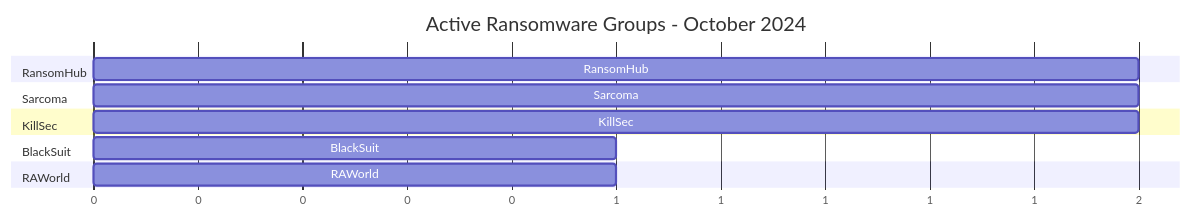
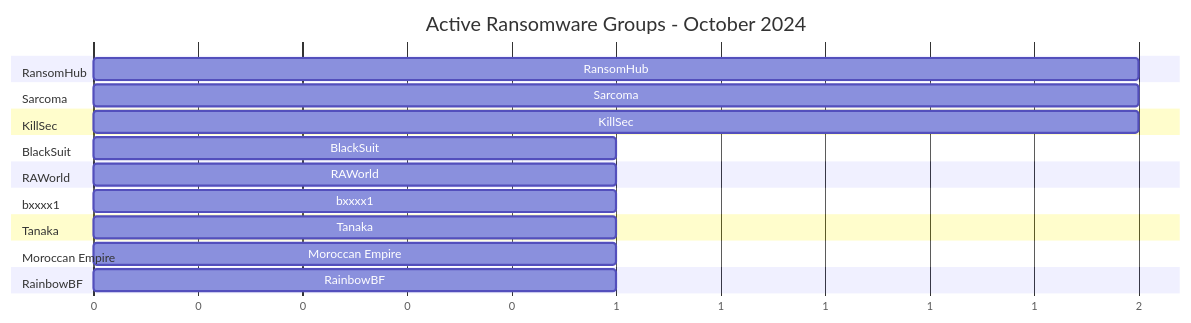
Before and after one commit to Hatchepsoute/AFRINTEL: the fourth of 5 diagrams in CyberAttackAfrica/2024/10-october/README.md, drawn with Mermaid. The commit also changed other lines of this file and 255 other files, not shown here.

````diff
--- a/CyberAttackAfrica/2024/10-october/README.md
+++ b/CyberAttackAfrica/2024/10-october/README.md
@@ -105,16 +125,24 @@
 ```mermaid
 gantt
     title Active Ransomware Groups - October 2024
     dateFormat X
     axisFormat %s
     section RansomHub
     RansomHub : 0, 2
     section Sarcoma
     Sarcoma : 0, 2
     section KillSec
     KillSec : 0, 2
     section BlackSuit
     BlackSuit : 0, 1
     section RAWorld
     RAWorld : 0, 1
+    section bxxxx1
+    bxxxx1 : 0, 1
+    section Tanaka
+    Tanaka : 0, 1
+    section Moroccan Empire
+    Moroccan Empire : 0, 1
+    section RainbowBF
+    RainbowBF : 0, 1
 ```
````
